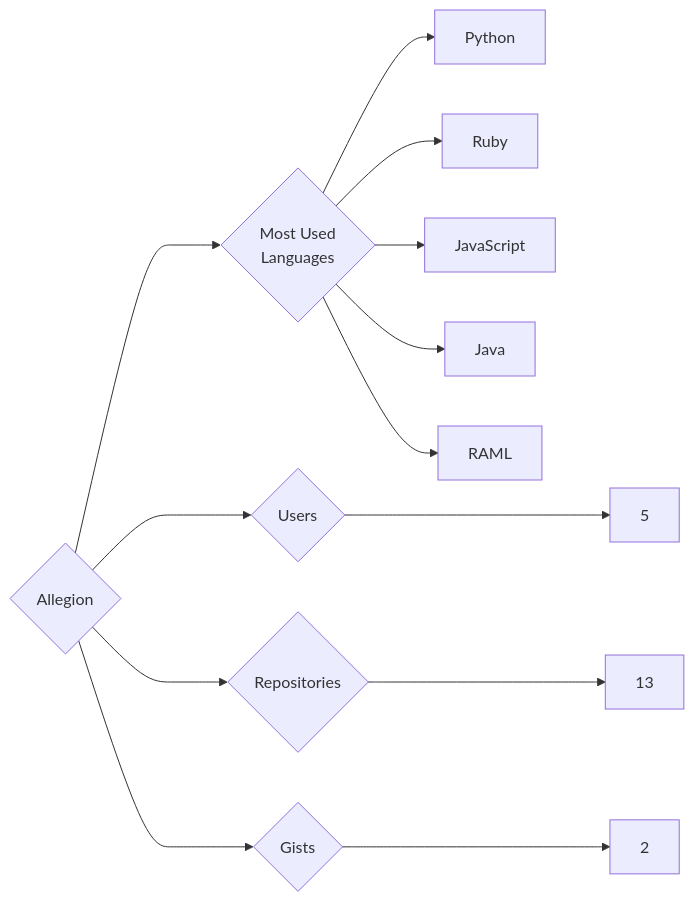
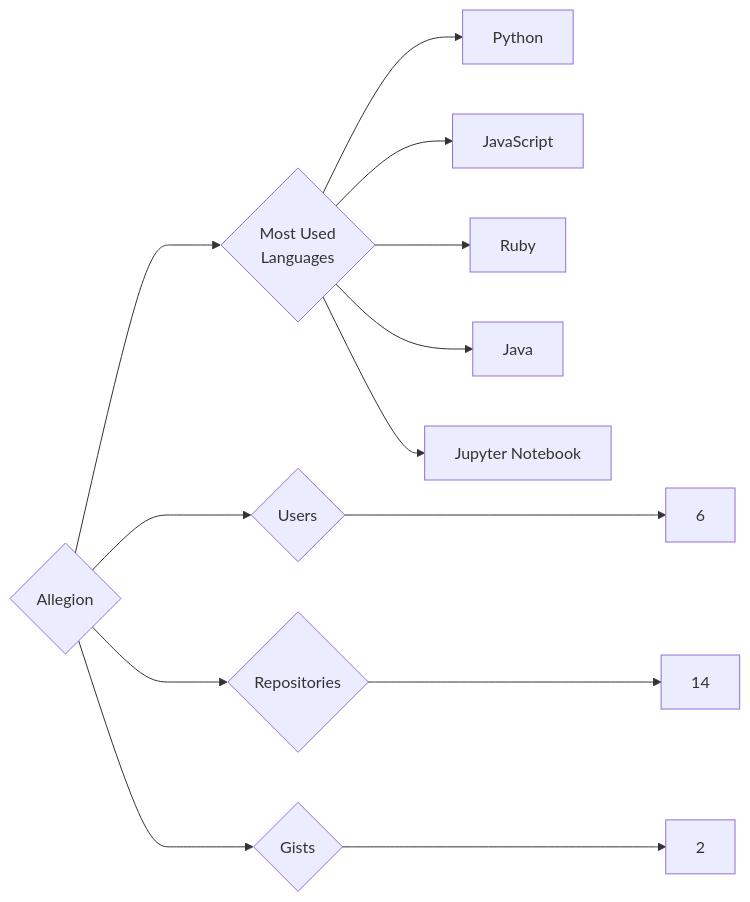
The diagram in targets/Allegion/README.md (trickest/insiders), drawn with Mermaid before and after one commit. The commit also changed 1170 other files, not shown here.

````diff
--- a/targets/Allegion/README.md
+++ b/targets/Allegion/README.md
@@ -3,13 +3,13 @@
 ```mermaid
 graph LR
 COMPANY_NAME{Allegion}
-COMPANY_NAME ---> U{Users} ---> UN[5]
-COMPANY_NAME ---> R{Repositories} ---> RN[13]
+COMPANY_NAME ---> U{Users} ---> UN[6]
+COMPANY_NAME ---> R{Repositories} ---> RN[14]
 COMPANY_NAME ---> G{Gists} ---> GN[2]
 COMPANY_NAME ---> ML{Most Used<br>Languages}
 ML --> Python[Python]
+ML --> JavaScript[JavaScript]
 ML --> Ruby[Ruby]
-ML --> JavaScript[JavaScript]
 ML --> Java[Java]
-ML --> RAML[RAML]
+ML --> Jupyter_Notebook[Jupyter Notebook]
 ```
````
